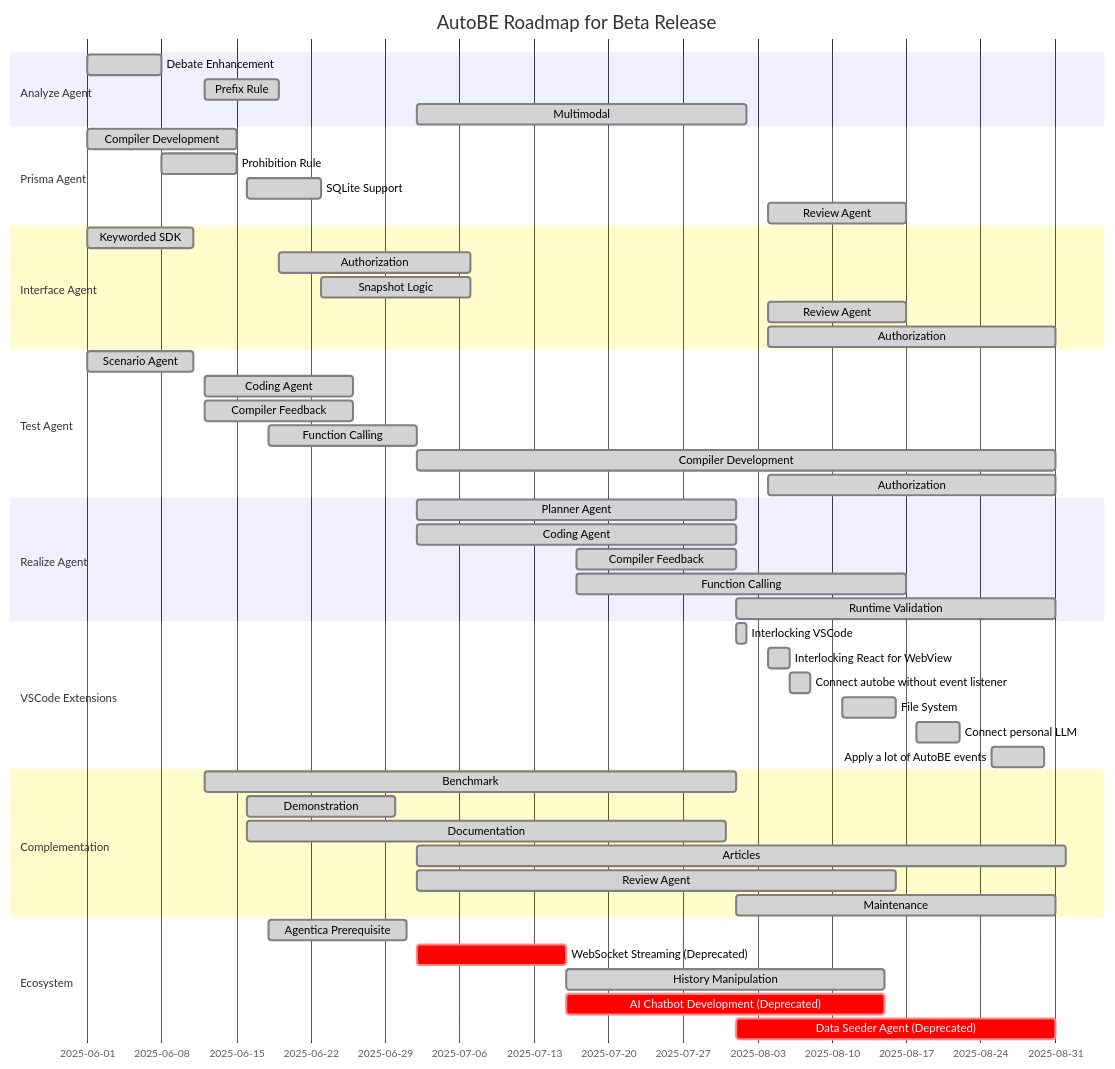
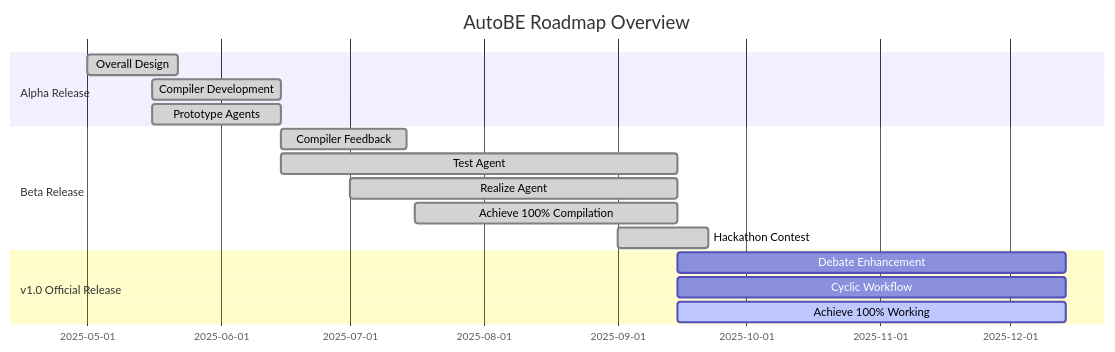
The second of 2 diagrams in README.md (RavenView-ai/autobe), drawn with Mermaid before and after one commit. The commit also changed other lines of this file and 2 other files, not shown here.

````diff
--- a/README.md
+++ b/README.md
@@ -179,61 +115,22 @@
 ```mermaid
 gantt
   dateFormat YYYY-MM-DD
-  title AutoBE Roadmap for Beta Release
+  title AutoBE Roadmap Overview
 
-  section Analyze Agent
-  Debate Enhancement: done, 2025-06-01,  7d
-  Prefix Rule:        done, 2025-06-12,  7d
-  Multimodal:         done, 2025-07-02, 31d
+  section Alpha Release
+  Overall Design: done, 2025-05-01, 21d
+  Compiler Development: done, 2025-05-16, 30d
+  Prototype Agents: done, 2025-05-16, 30d
 
-  section Prisma Agent
-  Compiler Development: done, 2025-06-01, 14d
-  Prohibition Rule:     done, 2025-06-08,  7d
-  SQLite Support:       done, 2025-06-16,  7d
-  Review Agent:         done, 2025-08-04, 13d
+  section Beta Release
+  Compiler Feedback: done, 2025-06-15, 29d
+  Test Agent: done, 2025-06-15, 92d
+  Realize Agent: done, 2025-07-01, 76d
+  Achieve 100% Compilation: done, 2025-07-16, 61d
+  Hackathon Contest: done, 2025-09-01, 21d
 
-  section Interface Agent
-  Keyworded SDK:     done, 2025-06-01, 10d
-  Authorization:     done, 2025-06-19, 18d
-  Snapshot Logic:    done, 2025-06-23, 14d
-  Review Agent:      done, 2025-08-04, 13d
-  Authorization:     done, 2025-08-04, 27d
-
-  section Test Agent
-  Scenario Agent:       done, 2025-06-01, 10d        
-  Coding Agent:         done, 2025-06-12, 14d
-  Compiler Feedback:    done, 2025-06-12, 14d
-  Function Calling:     done, 2025-06-18, 14d
-  Compiler Development: done, 2025-07-02, 60d
-  Authorization:        done, 2025-08-04, 27d
-
-  section Realize Agent
-  Planner Agent:      done, 2025-07-02, 30d
-  Coding Agent:       done, 2025-07-02, 30d
-  Compiler Feedback:  done, 2025-07-17, 15d
-  Function Calling:   done, 2025-07-17, 31d
-  Runtime Validation: done, 2025-08-01, 30d
-
-  section VSCode Extensions
-  Interlocking VSCode:                   done, 2025-08-01, 1d
-  Interlocking React for WebView:        done, 2025-08-04, 2d
-  Connect autobe without event listener: done, 2025-08-06, 2d
-  File System:                           done, 2025-08-11, 5d
-  Connect personal LLM:                  done, 2025-08-18, 4d
-  Apply a lot of AutoBE events:          done, 2025-08-25, 5d 
-
-  section Complementation
-  Benchmark:     done, 2025-06-12, 50d
-  Demonstration: done, 2025-06-16, 14d
-  Documentation: done, 2025-06-16, 45d
-  Articles:      done, 2025-07-02, 61d
-  Review Agent:  done, 2025-07-02, 45d
-  Maintenance:   done, 2025-08-01, 30d
-
-  section Ecosystem
-  Agentica Prerequisite:               done,    2025-06-18, 13d
-  WebSocket Streaming (Deprecated):    crit,    2025-07-02, 14d
-  History Manipulation:                done,    2025-07-16, 30d
-  AI Chatbot Development (Deprecated): crit, 2025-07-16, 30d
-  Data Seeder Agent (Deprecated):      crit, 2025-08-01, 30d
+  section v1.0 Official Release
+  Debate Enhancement: planned, 2025-09-15, 90d
+  Cyclic Workflow: planned, 2025-09-15, 90d
+  Achieve 100% Working: active, 2025-09-15, 90d
 ```
````
